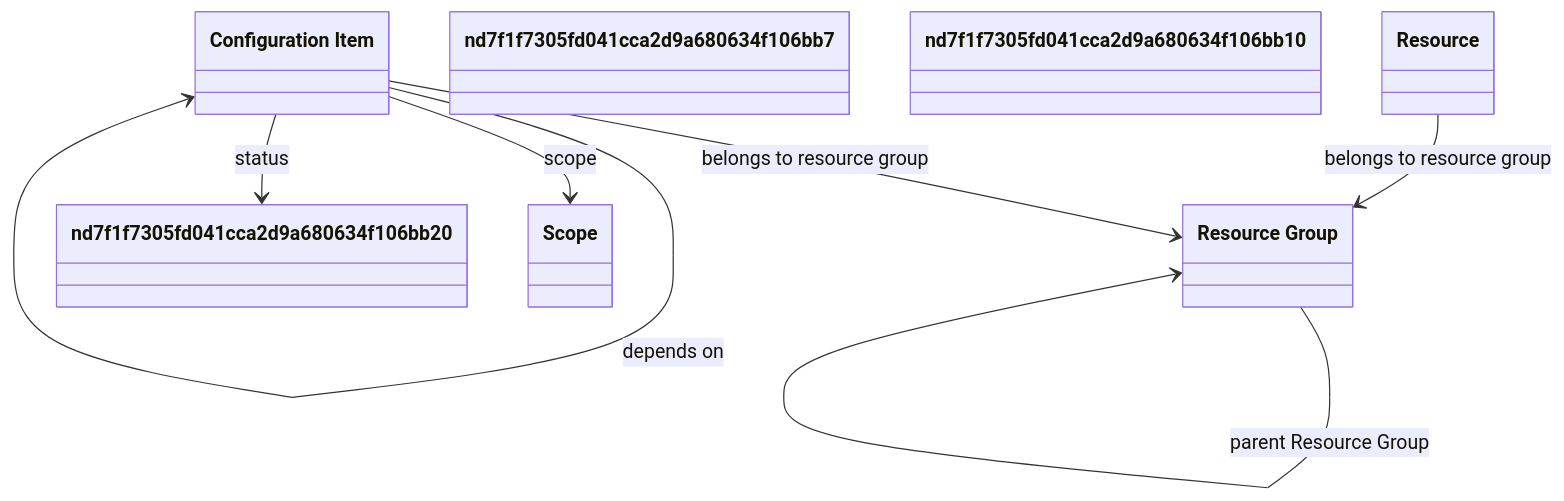
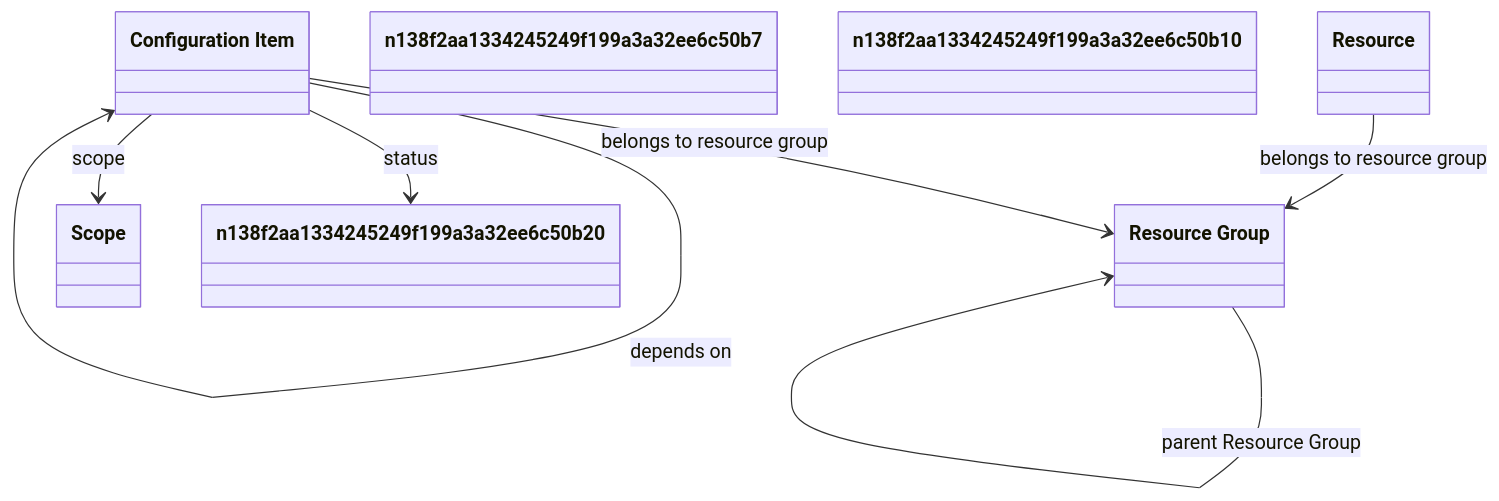
Before and after one commit to oeg-upm/Devos: the diagram in output/ieswc_freq/core.ttl-freq-7-0-hard.md, drawn with Mermaid. The commit also changed 131 other files, not shown here.

````diff
--- a/output/ieswc_freq/core.ttl-freq-7-0-hard.md
+++ b/output/ieswc_freq/core.ttl-freq-7-0-hard.md
@@ -1,55 +1,47 @@
 ```mermaid
 	classDiagram
 
     
     class `Configuration Item` {
     
     }
 
     class `Resource Group` {
     
     }
 
-    class `nd7f1f7305fd041cca2d9a680634f106bb7` {
+    class `n138f2aa1334245249f199a3a32ee6c50b7` {
     
     }
 
-    class `nd7f1f7305fd041cca2d9a680634f106bb10` {
+    class `n138f2aa1334245249f199a3a32ee6c50b10` {
+    
+    }
+
+    class `Resource` {
     
     }
 
     class `Scope` {
     
     }
 
-    class `Resource` {
-    
-    }
-
-    class `nd7f1f7305fd041cca2d9a680634f106bb20` {
+    class `n138f2aa1334245249f199a3a32ee6c50b20` {
     
     }
 
 
 
-`Resource Group`  --> `Resource Group`   :parent Resource Group  
+`Resource`  --> `Resource Group`   :belongs to resource group  
+
+`Configuration Item`  --> `Scope`   :scope  
 
 `Configuration Item`  --> `Resource Group`   :belongs to resource group  
+
+`Configuration Item`  --> `n138f2aa1334245249f199a3a32ee6c50b20`   :status  
 
 `Configuration Item`  --> `Configuration Item`   :depends on  
 
 `Resource Group`  --> `Resource Group`   :parent Resource Group  
 
-`Configuration Item`  --> `Scope`   :scope  
-
-`Resource Group`  --> `Resource Group`   :parent Resource Group  
-
-`Configuration Item`  --> `Configuration Item`   :depends on  
-
-`Resource`  --> `Resource Group`   :belongs to resource group  
-
-`Configuration Item`  --> `nd7f1f7305fd041cca2d9a680634f106bb20`   :status  
-
-`Configuration Item`  --> `Configuration Item`   :depends on  
-
 ```
````
